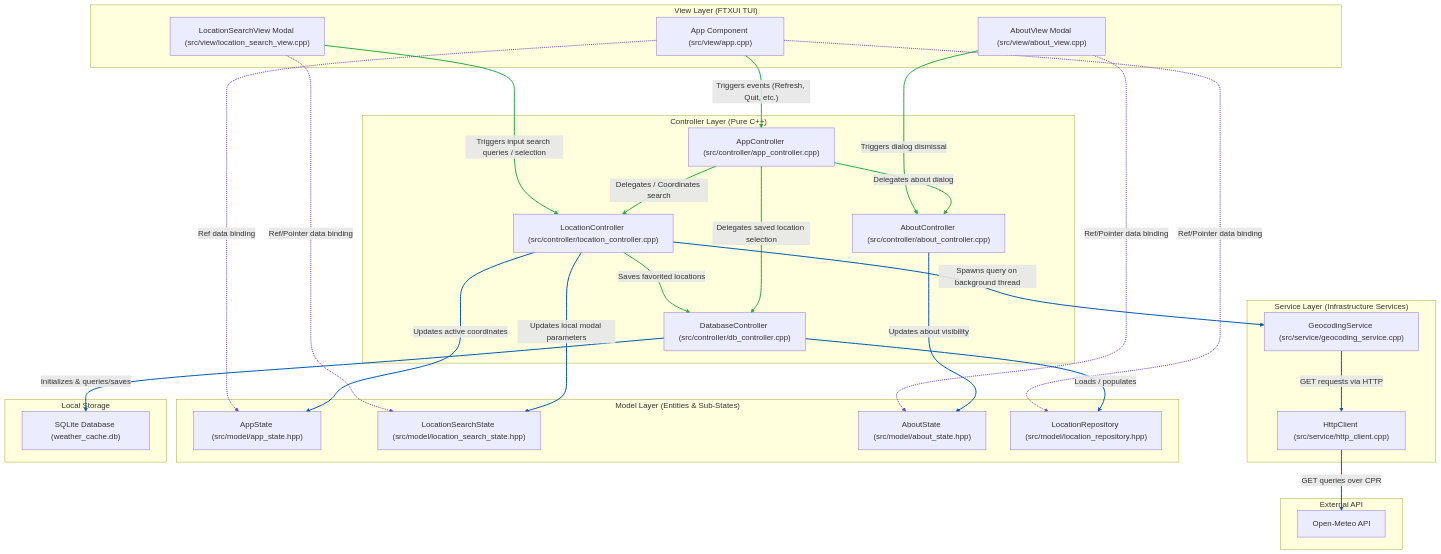
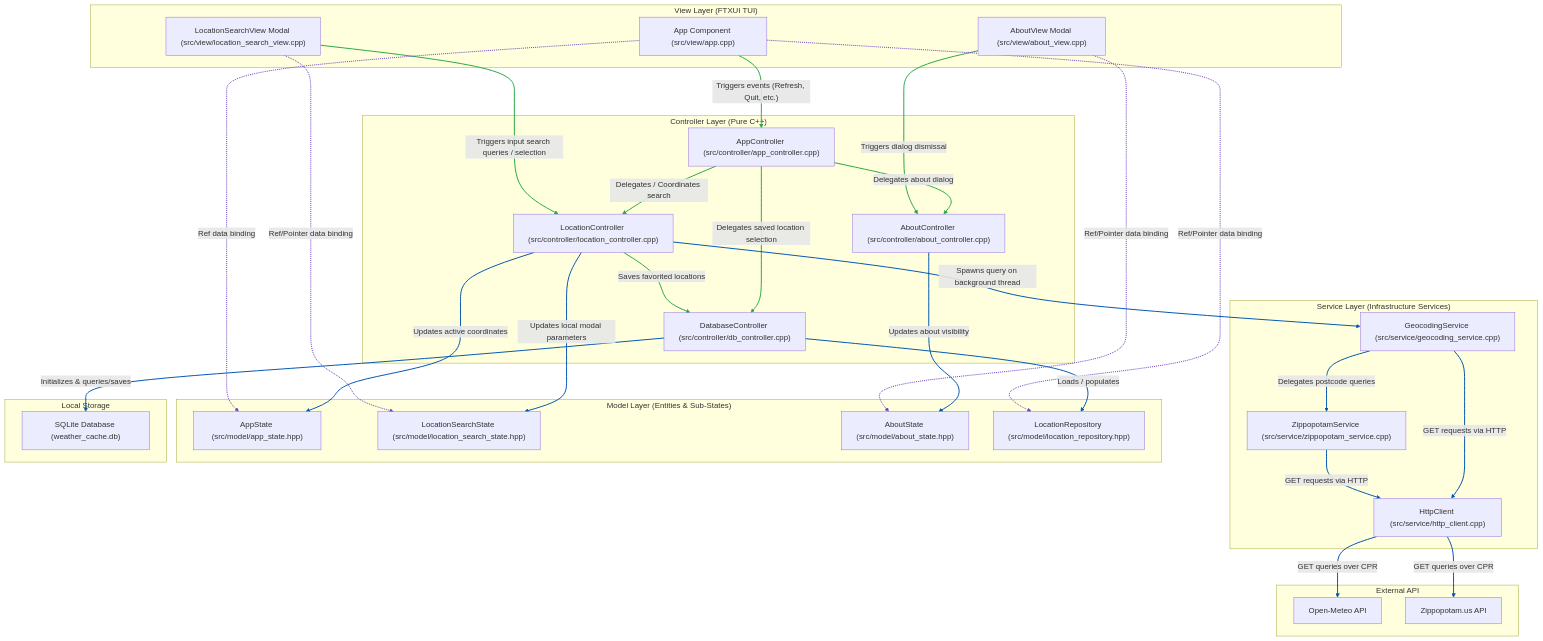
Before and after one commit to MallocNexus/weather_cli: the first of 3 diagrams in docs/separation-of-concerns.md, drawn with Mermaid. The commit also changed other lines of this file, not shown here.

Commit message:
Enhance documentation: update separation of concerns to include ZippopotamService and its interactions with GeocodingService

````diff
--- a/docs/separation-of-concerns.md
+++ b/docs/separation-of-concerns.md
@@ -11,68 +11,73 @@
 ```mermaid
 graph TD
     %% Layers Definition
     subgraph View ["View Layer (FTXUI TUI)"]
         App["App Component (src/view/app.cpp)"]
         LocView["LocationSearchView Modal (src/view/location_search_view.cpp)"]
         AboutView["AboutView Modal (src/view/about_view.cpp)"]
     end
 
     subgraph Controller ["Controller Layer (Pure C++)"]
         AppCtrl["AppController (src/controller/app_controller.cpp)"]
         LocCtrl["LocationController (src/controller/location_controller.cpp)"]
         AboutCtrl["AboutController (src/controller/about_controller.cpp)"]
         DbCtrl["DatabaseController (src/controller/db_controller.cpp)"]
     end
 
     subgraph Service ["Service Layer (Infrastructure Services)"]
         Geocoding["GeocodingService (src/service/geocoding_service.cpp)"]
+        Zippopotam["ZippopotamService (src/service/zippopotam_service.cpp)"]
         Http["HttpClient (src/service/http_client.cpp)"]
     end
 
     subgraph Model ["Model Layer (Entities & Sub-States)"]
         State["AppState (src/model/app_state.hpp)"]
         SearchState["LocationSearchState (src/model/location_search_state.hpp)"]
         AboutState["AboutState (src/model/about_state.hpp)"]
         Repo["LocationRepository (src/model/location_repository.hpp)"]
     end
 
     subgraph Storage ["Local Storage"]
         Sqlite["SQLite Database (weather_cache.db)"]
     end
 
     subgraph External ["External API"]
         OpenMeteo["Open-Meteo API"]
+        Zippopotamus["Zippopotam.us API"]
     end
 
     %% Interactions
     App -->|"Triggers events (Refresh, Quit, etc.)"| AppCtrl
     AppCtrl -->|"Delegates / Coordinates search"| LocCtrl
     AppCtrl -->|"Delegates about dialog"| AboutCtrl
     AppCtrl -->|"Delegates saved location selection"| DbCtrl
     LocView -->|"Triggers input search queries / selection"| LocCtrl
     AboutView -->|"Triggers dialog dismissal"| AboutCtrl
     LocCtrl -->|"Saves favorited locations"| DbCtrl
     LocCtrl -->|"Updates active coordinates"| State
     LocCtrl -->|"Updates local modal parameters"| SearchState
     AboutCtrl -->|"Updates about visibility"| AboutState
     LocCtrl -->|"Spawns query on background thread"| Geocoding
+    Geocoding -->|"Delegates postcode queries"| Zippopotam
     Geocoding -->|"GET requests via HTTP"| Http
+    Zippopotam -->|"GET requests via HTTP"| Http
     Http -->|"GET queries over CPR"| OpenMeteo
+    Http -->|"GET queries over CPR"| Zippopotamus
     DbCtrl -->|"Initializes & queries/saves"| Sqlite
     DbCtrl -->|"Loads / populates"| Repo
 
     %% Data Binding (Reversed to match strict UML dependency direction)
     App -.->|"Ref data binding"| State
     LocView -.->|"Ref/Pointer data binding"| SearchState
     AboutView -.->|"Ref/Pointer data binding"| AboutState
     App -.->|"Ref/Pointer data binding"| Repo
 
     %% Style Event Arrows Green
     linkStyle 0,1,2,3,4,5,6 stroke:#28a745,stroke-width:2px;
 
     %% Style All Other Flow Lines Darker Blue
-    linkStyle 7,8,9,10,11,12,13,14 stroke:#0056b3,stroke-width:2px;
+    linkStyle 7,8,9,10,11,12,13,14,15,16,17 stroke:#0056b3,stroke-width:2px;
 
     %% Style Data Binding Arrows Purple
-    linkStyle 15,16,17,18 stroke:#6f42c1,stroke-width:2px;
+    linkStyle 18,19,20,21 stroke:#6f42c1,stroke-width:2px;
 ```
````
